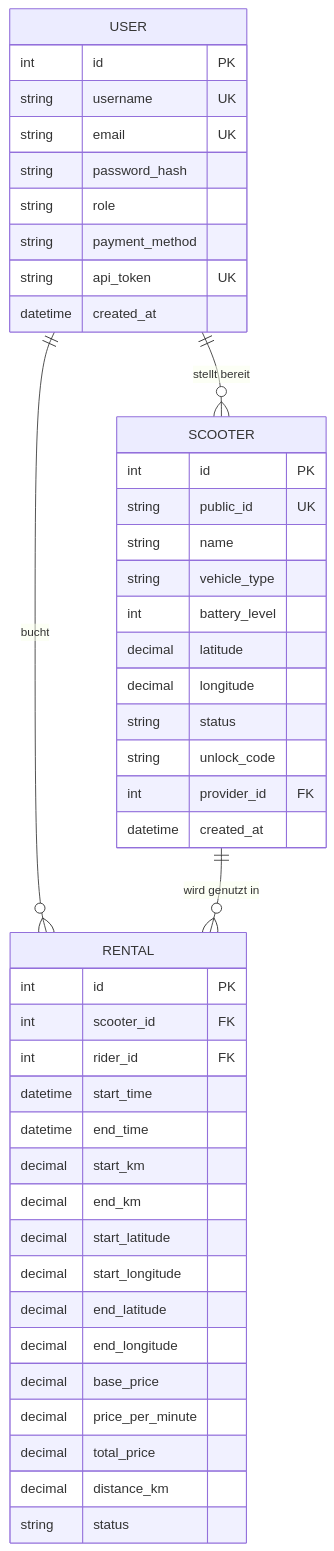
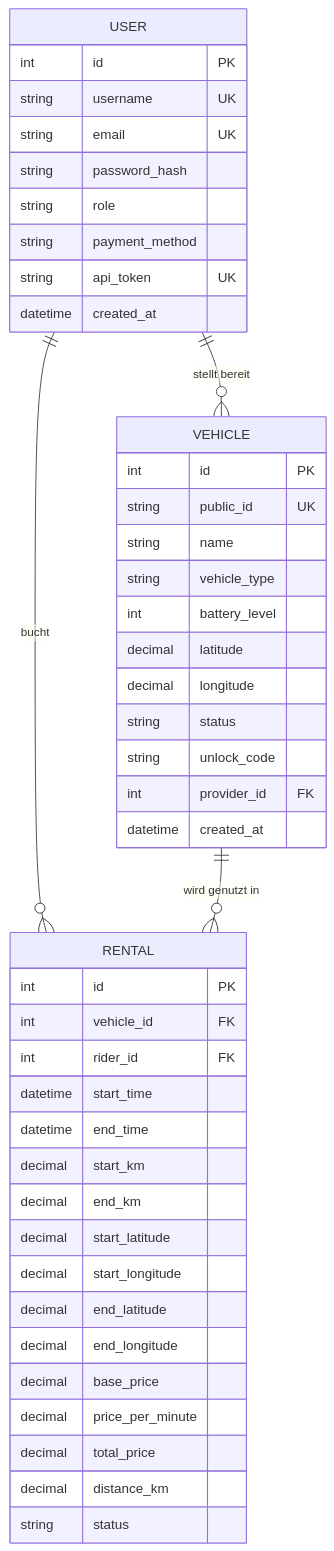
Before and after one commit to mogomes/e-mobility: the first of 5 diagrams in docs/05_systemarchitektur.md, drawn with Mermaid. The commit also changed other lines of this file and 23 other files, not shown here.

Commit message:
refactor: scooter to vehicle

````diff
--- a/docs/05_systemarchitektur.md
+++ b/docs/05_systemarchitektur.md
@@ -29,50 +29,50 @@
 ```mermaid
 erDiagram
-    USER ||--o{ SCOOTER : "stellt bereit"
+    USER ||--o{ VEHICLE : "stellt bereit"
     USER ||--o{ RENTAL  : "bucht"
-    SCOOTER ||--o{ RENTAL : "wird genutzt in"
+    VEHICLE ||--o{ RENTAL : "wird genutzt in"
 
     USER {
         int     id           PK
         string  username     UK
         string  email        UK
         string  password_hash
         string  role
         string  payment_method
         string  api_token    UK
         datetime created_at
     }
 
-    SCOOTER {
+    VEHICLE {
         int     id           PK
         string  public_id    UK
         string  name
         string  vehicle_type
         int     battery_level
         decimal latitude
         decimal longitude
         string  status
         string  unlock_code
         int     provider_id  FK
         datetime created_at
     }
 
     RENTAL {
         int     id            PK
-        int     scooter_id    FK
+        int     vehicle_id    FK
         int     rider_id      FK
         datetime start_time
         datetime end_time
         decimal start_km
         decimal end_km
         decimal start_latitude
         decimal start_longitude
         decimal end_latitude
         decimal end_longitude
         decimal base_price
         decimal price_per_minute
         decimal total_price
         decimal distance_km
         string  status
     }
 ```
````
